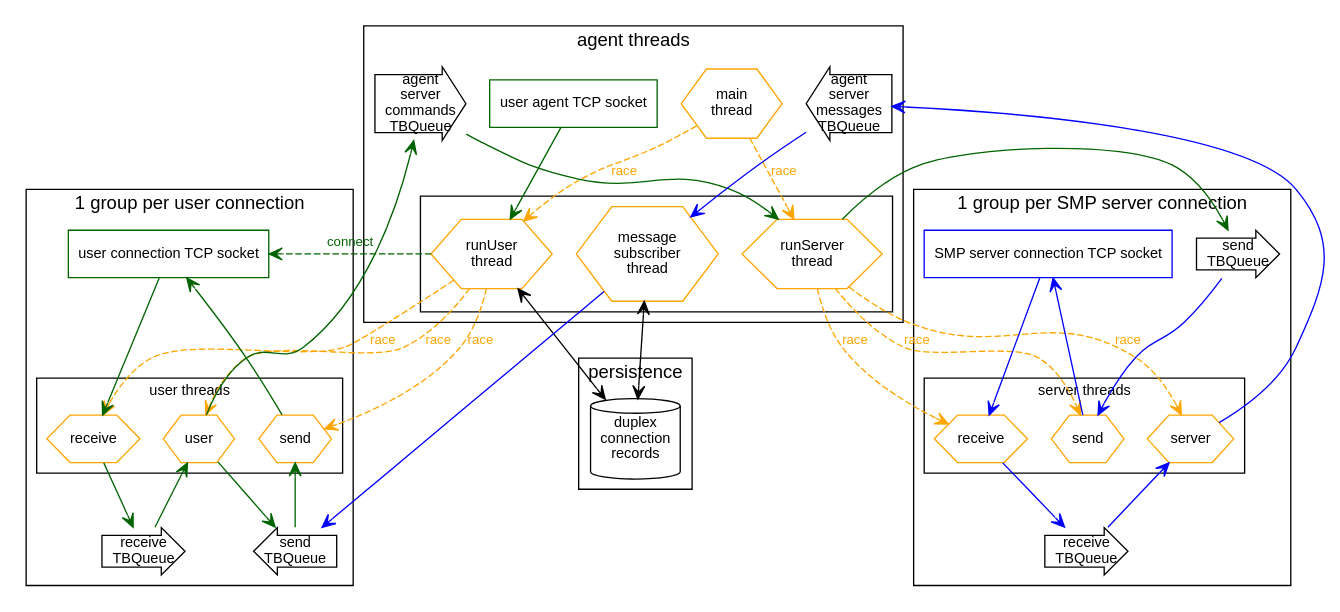
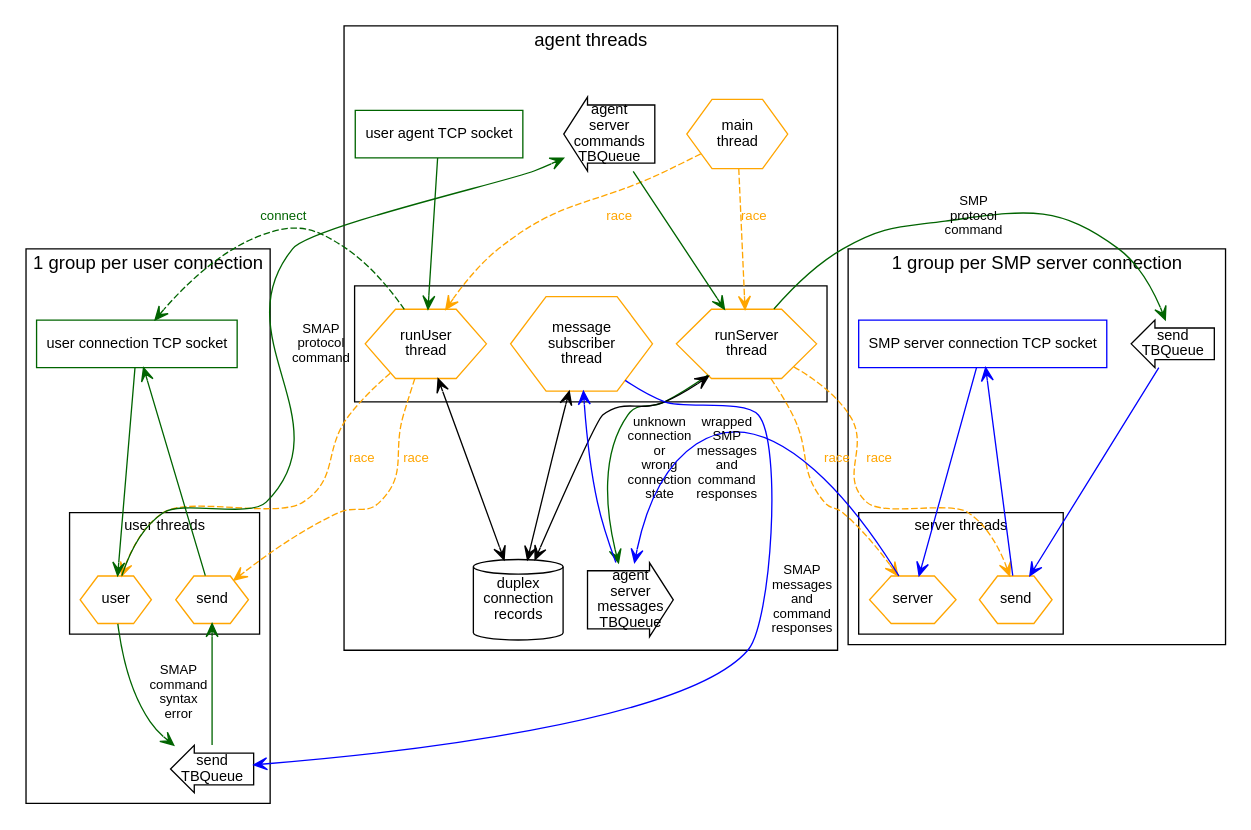
The diagram in design/agent.gv (simplex-chat/simplexmq), drawn with Graphviz before and after one commit. The commit also changed 1 other file, not shown here.

Commit message:
update agent diagram, remove client library diagram

```diff
--- a/design/agent.gv
+++ b/design/agent.gv
@@ -1,83 +1,79 @@
 digraph SMPAgent {
   graph [fontname=arial]
   node [fontname=arial fontsize=11 shape=box]
   edge [fontname=arial fontsize=10 arrowhead=open arrowtail=open]
-
-  subgraph clusterPersistence {
-    label="persistence"
-    connectionsStore [shape=cylinder label="duplex\nconnection\nrecords"]
-  }
 
   subgraph clusterAgent {
     label="agent threads" 
     main [shape=hexagon color=orange label="main\nthread"]
     aSock [label="user agent TCP socket" color=darkgreen]
     subgraph clusterThreads {
       label="" 
       node [shape=hexagon color=orange]
       runUser [label="runUser\nthread"]
       runServer [label="runServer\nthread"]
       msgSubscriber [label="message\nsubscriber\nthread"]
     }
     main -> {runUser runServer} [style=dashed label=race color=orange fontcolor=orange]
     aSock -> runUser [color=darkgreen]
 
-    acInq [shape=rarrow label="agent\nserver\ncommands\nTBQueue"]
+    acInq [shape=larrow label="agent\nserver\ncommands\nTBQueue"]
     acInq -> runServer [color=darkgreen]
+    runServer -> amInq [color=darkgreen label="unknown\nconnection\nor\nwrong\nconnection\nstate"]
 
-    amInq [shape=larrow label="agent\nserver\nmessages\nTBQueue"]
+    amInq [shape=rarrow label="agent\nserver\nmessages\nTBQueue"]
     amInq -> msgSubscriber [color=blue]
 
     msgSubscriber -> connectionsStore [dir=both]
     runUser -> connectionsStore [dir=both]
+    runServer -> connectionsStore [dir=both]
+
+    connectionsStore [shape=cylinder label="duplex\nconnection\nrecords"]
   }
 
   subgraph clusterUser {
     label="1 group per user connection"
     uSock [label="user connection TCP socket" color=darkgreen]
 
     subgraph clusterUserThreads {
       graph [fontsize=11]
       label="user threads"
       node [shape=hexagon, color=orange]
-      uRcv [label="receive"]
       uAgent [label="user"]
       uSnd [label="send"]
     }
 
     runUser -> uSock [style=dashed label="connect" color=darkgreen fontcolor=darkgreen]
-    runUser -> {uAgent uRcv uSnd} [style=dashed label=race color=orange fontcolor=orange]
+    runUser -> {uAgent uSnd} [style=dashed label=race color=orange fontcolor=orange]
 
-    uInq [shape=rarrow label="receive\nTBQueue"]
     uOutq [shape=larrow label="send\nTBQueue"]
-    uSock -> uRcv -> uInq -> uAgent [color=darkgreen]
-    uAgent -> uOutq -> uSnd -> uSock [color=darkgreen]
+    uSock -> uAgent [color=darkgreen]
+    uAgent -> uOutq [color=darkgreen label="SMAP\ncommand\nsyntax\nerror"]
+    uOutq -> uSnd -> uSock [color=darkgreen]
 
-    msgSubscriber -> uOutq [color=blue]
-    uAgent -> acInq [color=darkgreen]
+    msgSubscriber -> uOutq [color=blue label="SMAP\nmessages\nand\ncommand\nresponses"]
+    uAgent -> acInq [color=darkgreen label="SMAP\nprotocol\ncommand"]
   }
 
   subgraph clusterServer {
     label="1 group per SMP server connection"
     sSock [label="SMP server connection TCP socket" color=blue]
 
     subgraph clusterServerThreads {
       graph [fontsize=11]
       label="server threads"
       node [shape=hexagon, color=orange]
-      sRcv [label="receive"]
       sAgent [label="server"]
       sSnd [label="send"]
     }
 
-    runServer -> {sAgent sRcv sSnd} [style=dashed label=race color=orange fontcolor=orange]
+    runServer -> {sAgent sSnd} [style=dashed label=race color=orange fontcolor=orange]
 
-    sInq [shape=rarrow label="receive\nTBQueue"]
-    sOutq [shape=rarrow label="send\nTBQueue"]
-    sSock -> sRcv -> sInq -> sAgent [color=blue]
-    runServer -> sOutq [color=darkgreen]
+    sOutq [shape=larrow label="send\nTBQueue"]
+    sSock -> sAgent [color=blue]
+    runServer -> sOutq [color=darkgreen label="SMP\nprotocol\ncommand"]
     sOutq -> sSnd -> sSock [color=blue]
 
-    sAgent -> amInq [color=blue]
+    sAgent -> amInq [color=blue label="wrapped\nSMP\nmessages\nand\ncommand\nresponses"]
   }
 }
```
